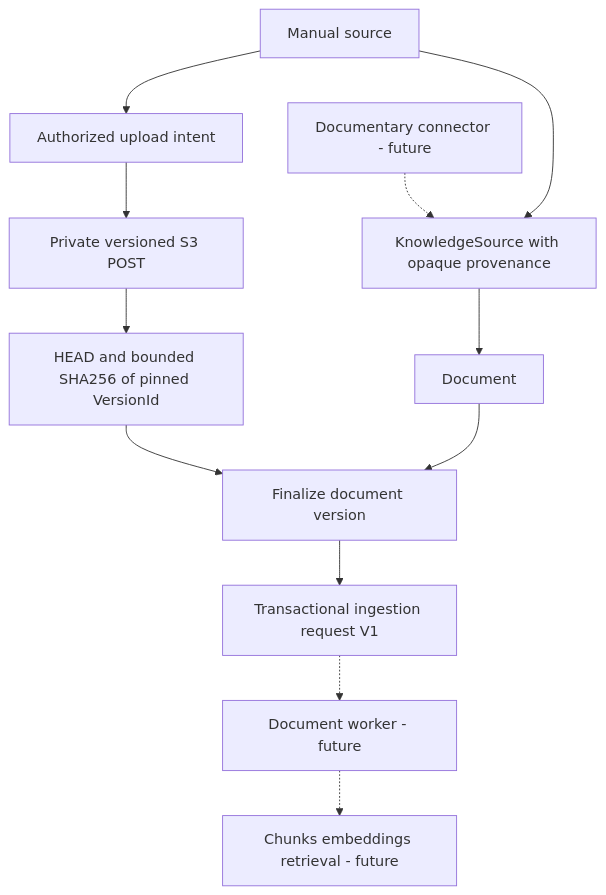
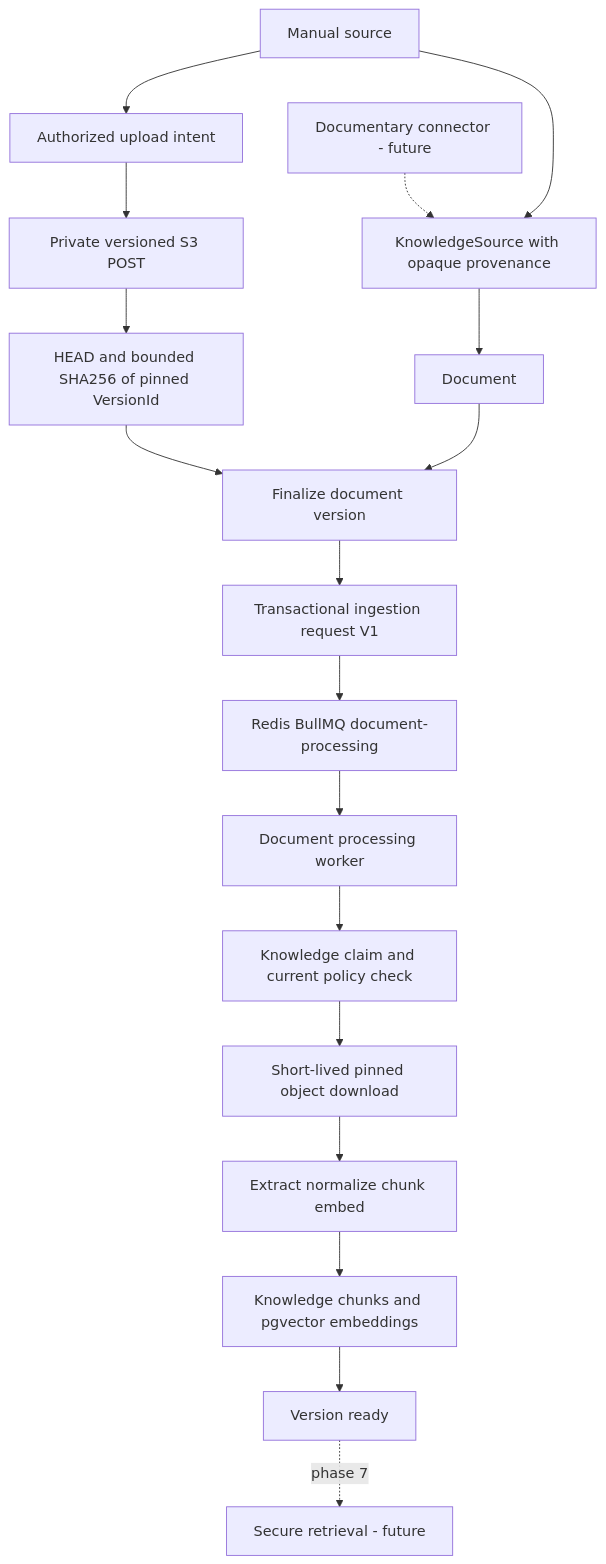
One commit to AndrixNg1/amani.ia changed the diagram in docs/architecture/diagrams/10-knowledge-ingestion.mmd. Above: the diagram before and after it, drawn with Mermaid. The commit also changed 10 other files, not shown here.

Commit message:
docs(document-processing): describe worker operations

```diff
--- a/docs/architecture/diagrams/10-knowledge-ingestion.mmd
+++ b/docs/architecture/diagrams/10-knowledge-ingestion.mmd
@@ -1,12 +1,18 @@
 flowchart TD
   Manual[Manual source] --> Intent[Authorized upload intent]
   External[Documentary connector - future] -.-> Source[KnowledgeSource with opaque provenance]
   Manual --> Source
   Source --> Doc[Document]
   Intent --> S3[Private versioned S3 POST]
   S3 --> Verify[HEAD and bounded SHA256 of pinned VersionId]
   Verify --> Version[Finalize document version]
   Doc --> Version
   Version --> Job[Transactional ingestion request V1]
-  Job -.-> Worker[Document worker - future]
-  Worker -.-> Index[Chunks embeddings retrieval - future]
+  Job --> Queue[Redis BullMQ document-processing]
+  Queue --> Worker[Document processing worker]
+  Worker --> Claim[Knowledge claim and current policy check]
+  Claim --> Download[Short-lived pinned object download]
+  Download --> Extract[Extract normalize chunk embed]
+  Extract --> Index[Knowledge chunks and pgvector embeddings]
+  Index --> Ready[Version ready]
+  Ready -. phase 7 .-> Retrieval[Secure retrieval - future]
```
